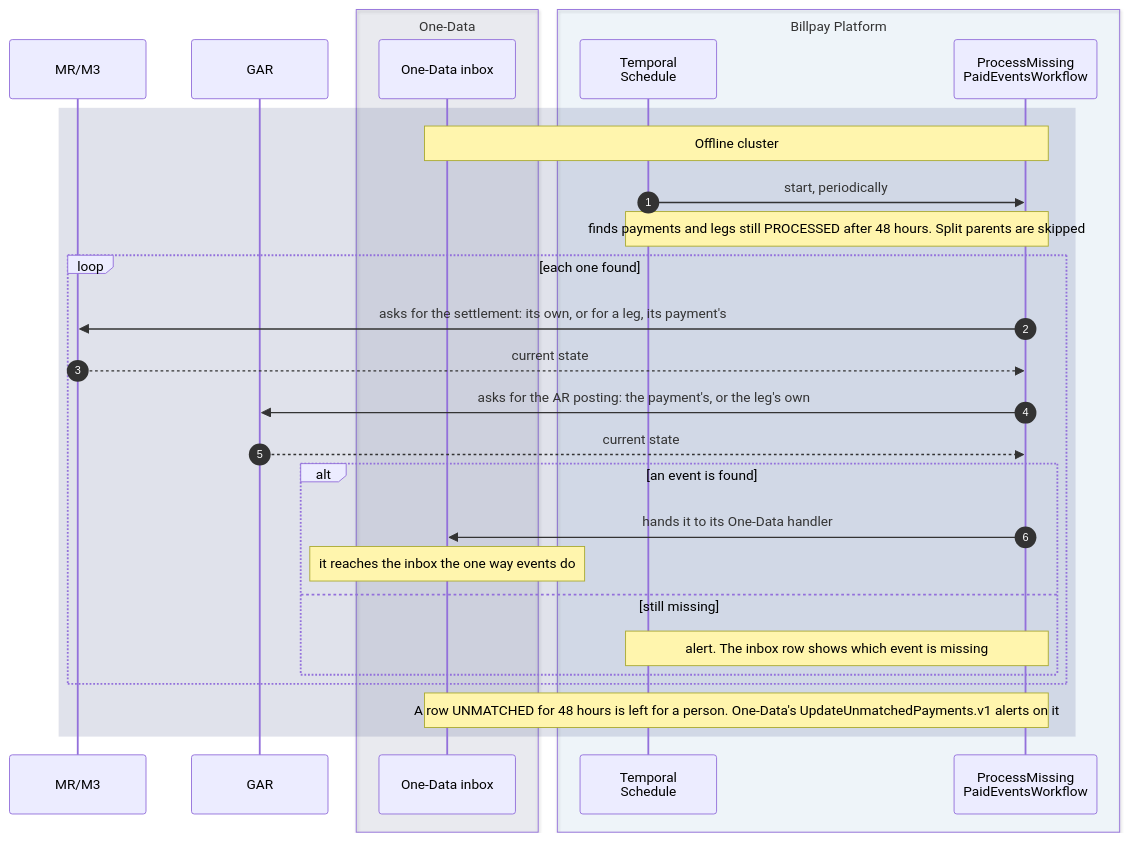
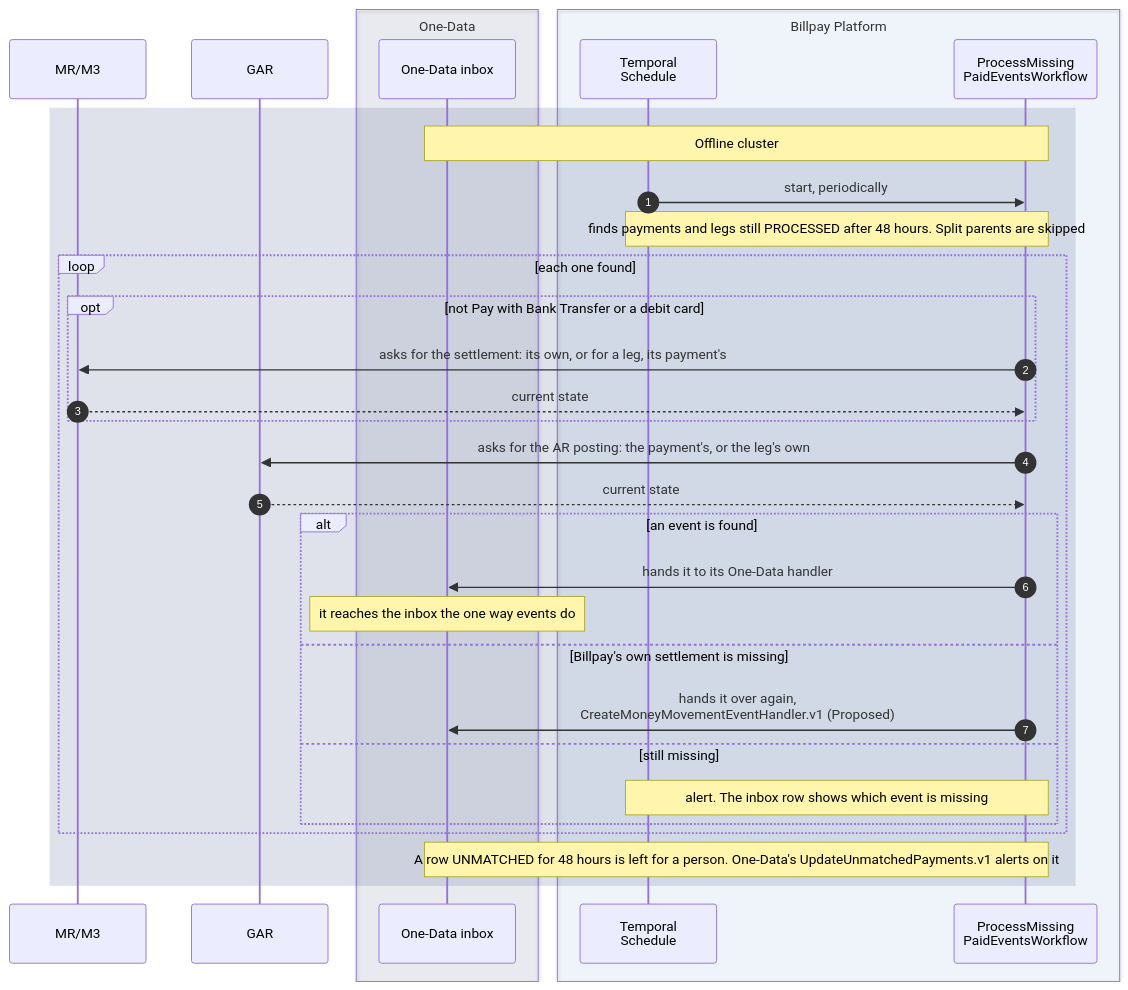
Diagram 11 of 16 in website/docs/design/sequence-diagrams.md (arunav-bhattacharya/billpay-book), drawn with Mermaid before and after one commit. The commit also changed other lines of this file and 33 other files, not shown here.

First line of the commit message:
Pending payments: One-Data declines, and Billpay creates the settlement event

````diff
--- a/website/docs/design/sequence-diagrams.md
+++ b/website/docs/design/sequence-diagrams.md
@@ -718,40 +719,44 @@
 ```mermaid
 ---
 config:
   fontFamily: "BentonSansUI, Helvetica, Arial, sans-serif"
   fontSize: 15
 ---
 sequenceDiagram
   autonumber
 
   participant MM as MR/M3
   participant GAR
 
   box rgba(0,23,90,0.07) One-Data
     participant IN as One-Data inbox
   end
 
   box rgba(0,111,207,0.05) Billpay Platform
     participant SCH as Temporal<br/>Schedule
     participant WF as ProcessMissing<br/>PaidEventsWorkflow
   end
 
   rect rgba(0,23,90,0.12)
     Note over IN,WF: Offline cluster
     SCH->>WF: start, periodically
     Note over SCH,WF: finds payments and legs still PROCESSED after 48 hours. Split parents are skipped
     loop each one found
-      WF->>MM: asks for the settlement: its own, or for a leg, its payment's
-      MM-->>WF: current state
+      opt not Pay with Bank Transfer or a debit card
+        WF->>MM: asks for the settlement: its own, or for a leg, its payment's
+        MM-->>WF: current state
+      end
       WF->>GAR: asks for the AR posting: the payment's, or the leg's own
       GAR-->>WF: current state
       alt an event is found
         WF->>IN: hands it to its One-Data handler
         Note over IN: it reaches the inbox the one way events do
+      else Billpay's own settlement is missing
+        WF->>IN: hands it over again,<br/>CreateMoneyMovementEventHandler.v1 (Proposed)
       else still missing
         Note over SCH,WF: alert. The inbox row shows which event is missing
       end
     end
     Note over IN,WF: A row UNMATCHED for 48 hours is left for a person. One-Data's UpdateUnmatchedPayments.v1 alerts on it
   end
 ```
````
